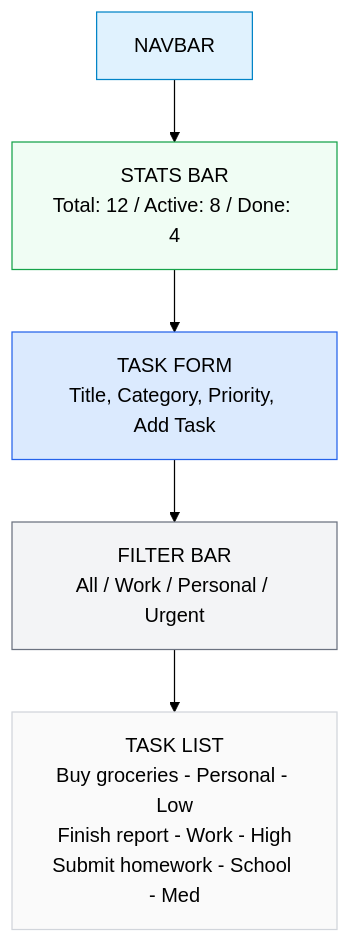
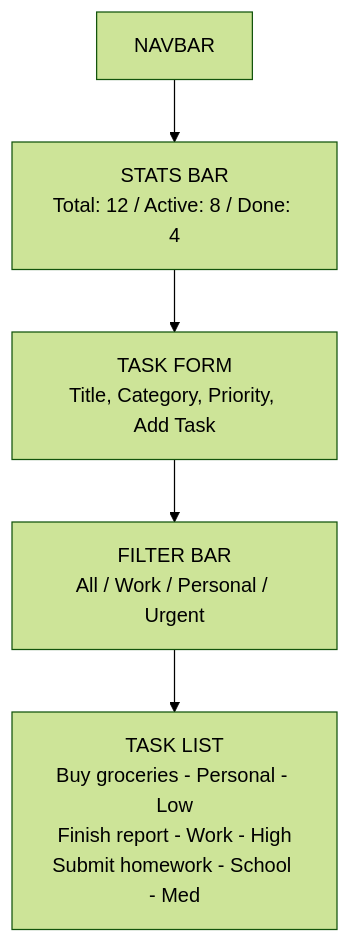
One commit to cis-ieee-mbu/crafting-the-web changed the first of 3 diagrams in 05-ui-design/ui-design.md. Above: the diagram before and after it, drawn with Mermaid (forest theme). The commit also changed other lines of this file and 13 other files, not shown here.

Commit message:
Updated documentation and fixed Mermaid diagram compatibility

````diff
--- a/05-ui-design/ui-design.md
+++ b/05-ui-design/ui-design.md
@@ -125,16 +125,10 @@
 ```mermaid
 flowchart TD
     nav["NAVBAR"]
-    stats["STATS BAR\nTotal: 12 / Active: 8 / Done: 4"]
-    form["TASK FORM\nTitle, Category, Priority, Add Task"]
-    filter["FILTER BAR\nAll / Work / Personal / Urgent"]
-    list["TASK LIST\nBuy groceries - Personal - Low\nFinish report - Work - High\nSubmit homework - School - Med"]
+    stats["STATS BAR<br/>Total: 12 / Active: 8 / Done: 4"]
+    form["TASK FORM<br/>Title, Category, Priority, Add Task"]
+    filter["FILTER BAR<br/>All / Work / Personal / Urgent"]
+    list["TASK LIST<br/>Buy groceries - Personal - Low<br/>Finish report - Work - High<br/>Submit homework - School - Med"]
 
     nav --> stats --> form --> filter --> list
-
-    style nav fill:#e0f2fe,stroke:#0284c7
-    style stats fill:#f0fdf4,stroke:#16a34a
-    style form fill:#dbeafe,stroke:#2563eb
-    style filter fill:#f3f4f6,stroke:#6b7280
-    style list fill:#fafafa,stroke:#d1d5db
 ```
````
